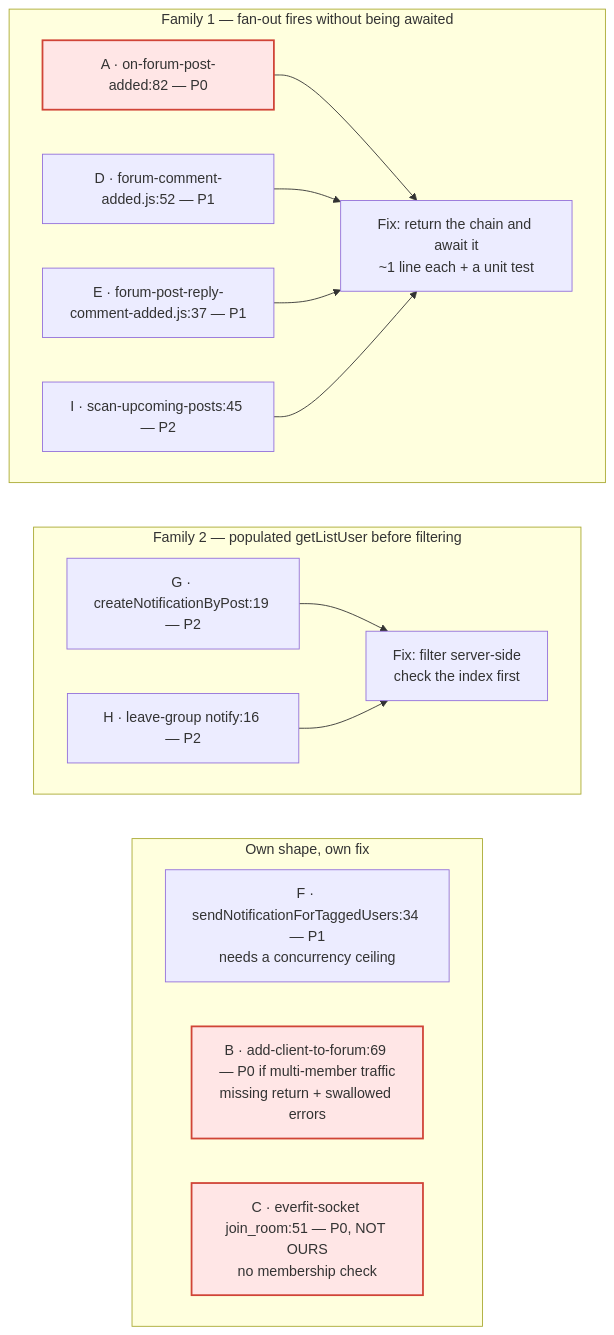
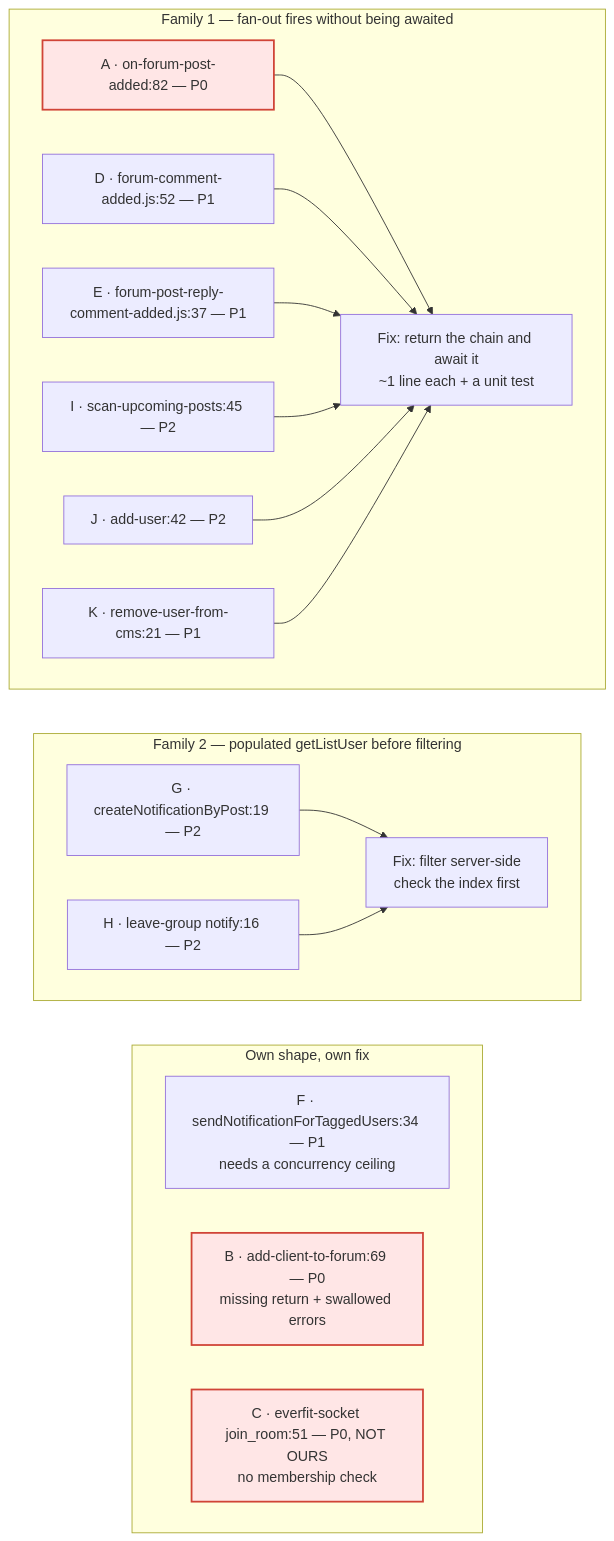
One commit to thucvo-everfit/ef-diagrams changed the diagram in up-77603-forum-comment-fanout-async/d5-fix-families.mmd. Above: the diagram before and after it, drawn with Mermaid. The commit also changed 3 other files, not shown here.

First line of the commit message:
UP-77603: add sweep funnel diagram, add issues J and K to fix families

```diff
--- a/up-77603-forum-comment-fanout-async/d5-fix-families.mmd
+++ b/up-77603-forum-comment-fanout-async/d5-fix-families.mmd
@@ -1,37 +1,39 @@
 flowchart TB
     subgraph fam1["Family 1 — fan-out fires without being awaited"]
         direction LR
         A["A · on-forum-post-added:82 — P0"]
         D["D · forum-comment-added.js:52 — P1"]
         E["E · forum-post-reply-comment-added.js:37 — P1"]
         I["I · scan-upcoming-posts:45 — P2"]
+        J["J · add-user:42 — P2"]
+        K["K · remove-user-from-cms:21 — P1"]
         FIX1["Fix: return the chain and await it<br/>~1 line each + a unit test"]
         A --> FIX1
         D --> FIX1
         E --> FIX1
         I --> FIX1
+        J --> FIX1
+        K --> FIX1
     end
 
     subgraph fam2["Family 2 — populated getListUser before filtering"]
         direction LR
         G["G · createNotificationByPost:19 — P2"]
         H["H · leave-group notify:16 — P2"]
         FIX2["Fix: filter server-side<br/>check the index first"]
         G --> FIX2
         H --> FIX2
     end
 
     subgraph solo["Own shape, own fix"]
         direction LR
         F["F · sendNotificationForTaggedUsers:34 — P1<br/>needs a concurrency ceiling"]
-        B["B · add-client-to-forum:69 — P0 if multi-member traffic<br/>missing return + swallowed errors"]
+        B["B · add-client-to-forum:69 — P0<br/>missing return + swallowed errors"]
         C["C · everfit-socket join_room:51 — P0, NOT OURS<br/>no membership check"]
     end
-
-
 
     FIX1 ~~~ G
     FIX2 ~~~ F
 
     classDef p0 fill:#ffe6e6,stroke:#d04437,stroke-width:2px
     class A,B,C p0
```
